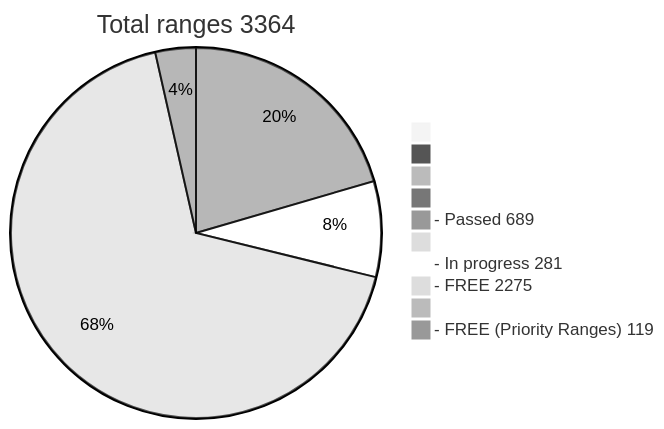
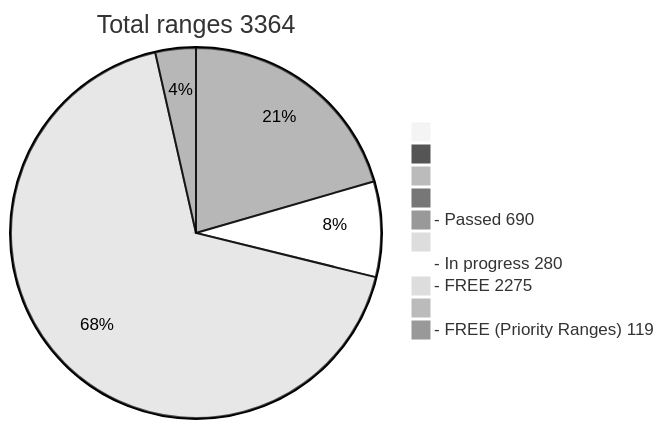
The diagram in README.md (phrutis/wif500), drawn with Mermaid (neutral theme) before and after one commit.

````diff
--- a/README.md
+++ b/README.md
@@ -16,13 +16,13 @@
 ```mermaid
 pie title Total ranges 3364
              " " : 0
             "  " : 0
            "   " : 0
           "    " : 0
-  "- Passed 689" : 689
+  "- Passed 690" : 690
          "     " : 0
-  "- In progress 281" : 281
+  "- In progress 280" : 280
    "- FREE 2275" : 2275
         "      " : 0
   "- FREE (Priority Ranges) 119" : 119
 ```
````
